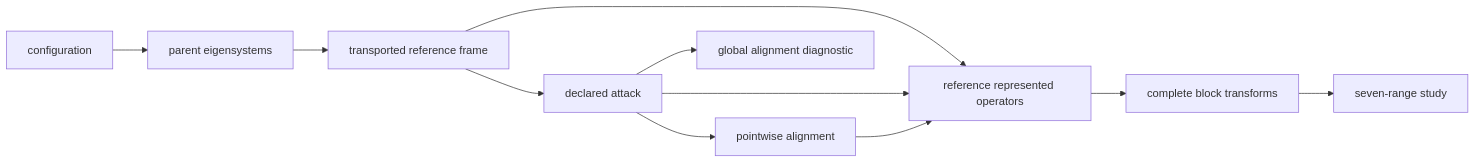
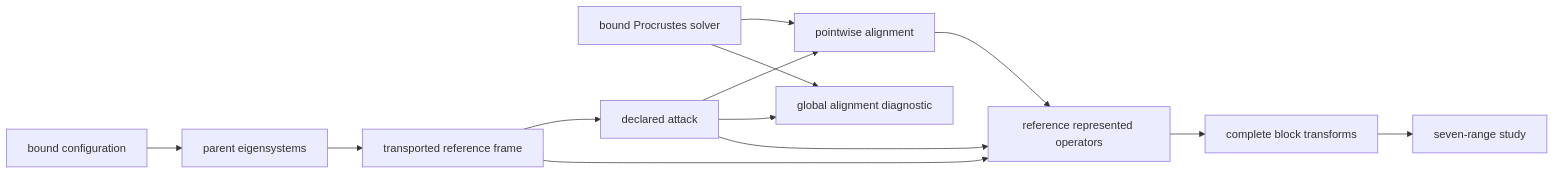
Before and after one commit to eragasa/ksdft2effmass: the diagram in docs/architecture/v3/ksdft2effmass/periodic1d/composite_band_alignment/analysis/Periodic1DCompositeBandAlignmentAnalyzer/schematics.md, drawn with Mermaid. The commit also changed 29 other files, not shown here.

````diff
--- a/docs/architecture/v3/ksdft2effmass/periodic1d/composite_band_alignment/analysis/Periodic1DCompositeBandAlignmentAnalyzer/schematics.md
+++ b/docs/architecture/v3/ksdft2effmass/periodic1d/composite_band_alignment/analysis/Periodic1DCompositeBandAlignmentAnalyzer/schematics.md
@@ -3,13 +3,15 @@
 ```mermaid
 flowchart LR
-    C[configuration] --> E[parent eigensystems]
+    C[bound configuration] --> E[parent eigensystems]
+    S[bound Procrustes solver] --> P[pointwise alignment]
+    S --> G[global alignment diagnostic]
     E --> T[transported reference frame]
     T --> A[declared attack]
     A --> P[pointwise alignment]
     A --> G[global alignment diagnostic]
     T --> O[reference represented operators]
     A --> O
     P --> O
     O --> F[complete block transforms]
     F --> R[seven-range study]
 ```
````
